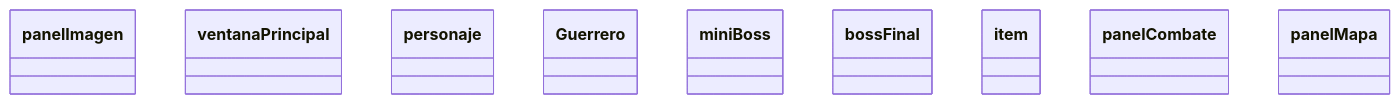
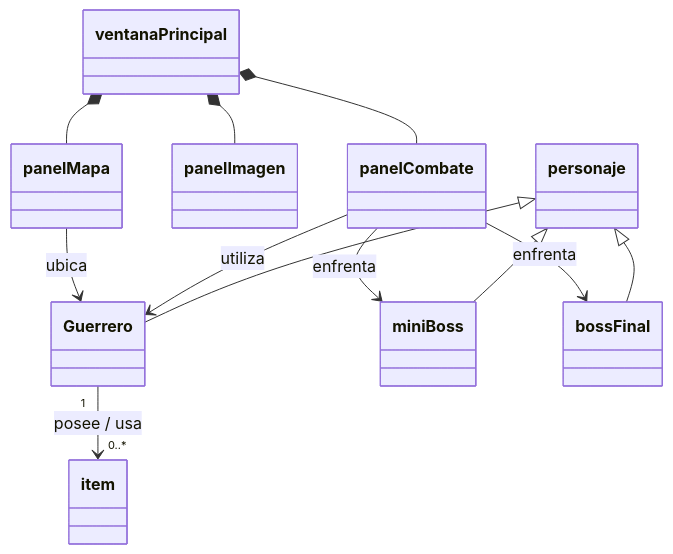
Before and after one commit to adribarrera/Videojuego-Java: the diagram in README.md, drawn with Mermaid.

Commit message:
Update README.md with UML

````diff
--- a/README.md
+++ b/README.md
@@ -2,21 +2,30 @@
-``` mermaid 
+```mermaid
 classDiagram
+    %% Clases
+    class personaje
+    class Guerrero
+    class miniBoss
+    class bossFinal
+    class item
+    class ventanaPrincipal
     class panelImagen 
+    class panelCombate
+    class panelMapa
 
-    class ventanaPrincipal
+    %% Herencias
+    personaje <|-- Guerrero
+    personaje <|-- miniBoss
+    personaje <|-- bossFinal
 
+    %% Relaciones de Interfaz Gráfica (Composición)
+    ventanaPrincipal *-- panelImagen
+    ventanaPrincipal *-- panelCombate
+    ventanaPrincipal *-- panelMapa
 
-    class personaje
-    
-    class Guerrero
-    
-    class miniBoss
-    
-    class bossFinal
-    
-    class item
-
-    class panelCombate
-
-    class panelMapa
+    %% Relaciones y Asociaciones del Juego
+    Guerrero "1" --> "0..*" item : posee / usa
+    panelCombate --> Guerrero : utiliza
+    panelCombate --> miniBoss : enfrenta
+    panelCombate --> bossFinal : enfrenta
+    panelMapa --> Guerrero : ubica
 ```
````
